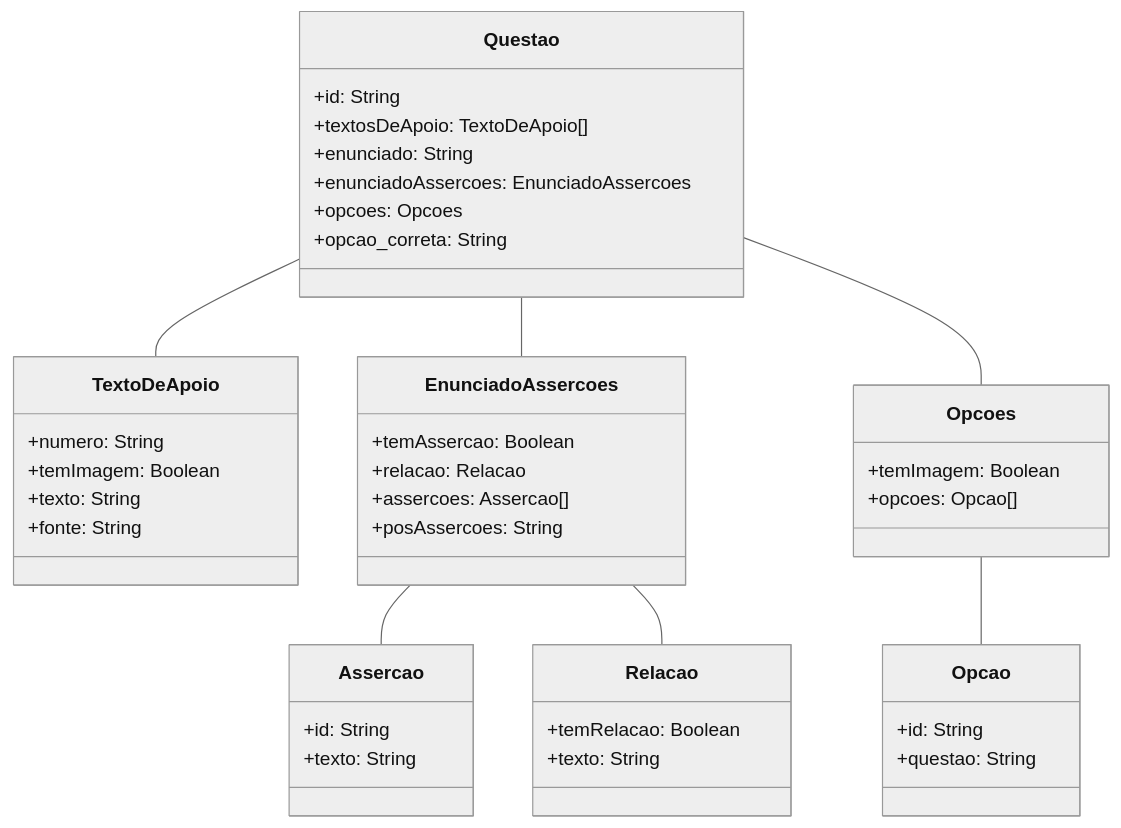
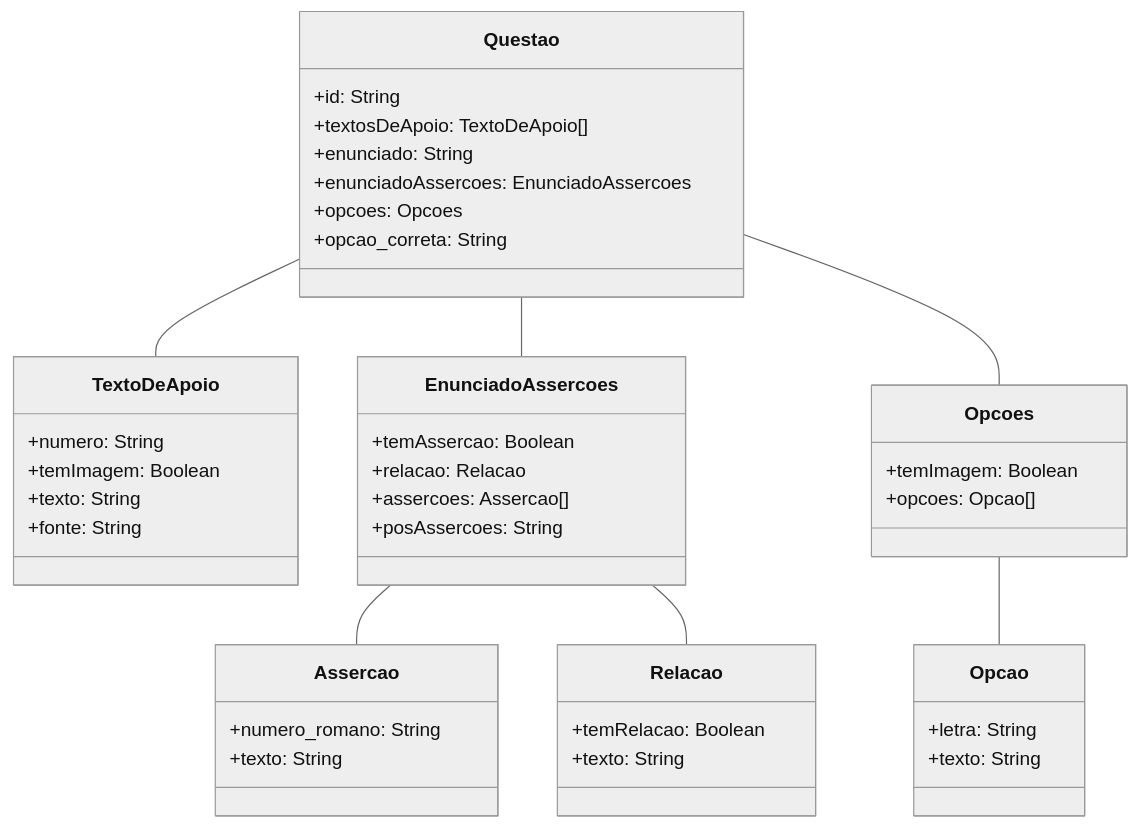
The diagram in README.md (LeviPereira9/primeiraapi), drawn with Mermaid (neutral theme) before and after one commit.

````diff
--- a/README.md
+++ b/README.md
@@ -4,52 +4,52 @@
 ```mermaid
 classDiagram
     class Questao {
         +id: String
         +textosDeApoio: TextoDeApoio[]
         +enunciado: String
         +enunciadoAssercoes: EnunciadoAssercoes
         +opcoes: Opcoes
         +opcao_correta: String
     }
 
     class TextoDeApoio {
         +numero: String
         +temImagem: Boolean
         +texto: String
         +fonte: String
     }
 
     class EnunciadoAssercoes {
         +temAssercao: Boolean
         +relacao: Relacao
         +assercoes: Assercao[]
         +posAssercoes: String
     }
 
     class Relacao {
         +temRelacao: Boolean
         +texto: String
     }
 
     class Assercao {
-        +id: String
+        +numero_romano: String
         +texto: String
     }
 
     class Opcoes {
         +temImagem: Boolean
         +opcoes: Opcao[]
     }
 
     class Opcao {
-        +id: String
-        +questao: String
+        +letra: String
+        +texto: String
     }
 
     Questao -- TextoDeApoio
     Questao -- EnunciadoAssercoes
     Questao -- Opcoes
     Opcoes -- Opcao
     EnunciadoAssercoes -- Assercao
     EnunciadoAssercoes -- Relacao
 ```
````
